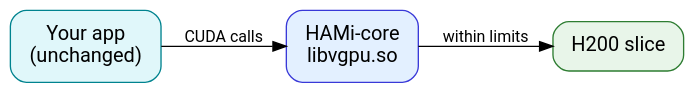
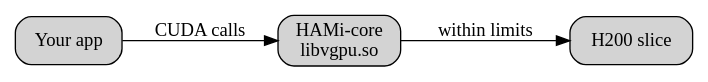
The first of 2 diagrams in containerdays_neocloud_story.md (fishing-agents/talks), drawn with Graphviz before and after one commit. The commit also changed other lines of this file and 1 other file, not shown here.

Commit message:
fix(containerdays): drop custom CSS, theme diagrams, plain DRA wording

````diff
--- a/containerdays_neocloud_story.md
+++ b/containerdays_neocloud_story.md
@@ -313,13 +275,11 @@
 ```dot
 digraph G {
   rankdir=LR
-  bgcolor=transparent
-  node [shape=box style="rounded,filled" fontname="Roboto" fontsize=15 margin="0.2,0.14"]
-  edge [fontname="Roboto" fontsize=12]
-  app [label="Your app\n(unchanged)" fillcolor="#e0f7fa" color="#00838f"]
-  lib [label="HAMi-core\nlibvgpu.so" fillcolor="#e3f0ff" color="#3939D8"]
-  gpu [label="H200 slice" fillcolor="#e8f5e9" color="#2e7d32"]
+  node [shape=box style="rounded,filled"]
+  app [label="Your app"]
+  lib [label="HAMi-core\nlibvgpu.so" class="yellow"]
+  gpu [label="H200 slice" class="green"]
   app -> lib [label="CUDA calls"]
   lib -> gpu [label="within limits"]
 }
 ```
````
